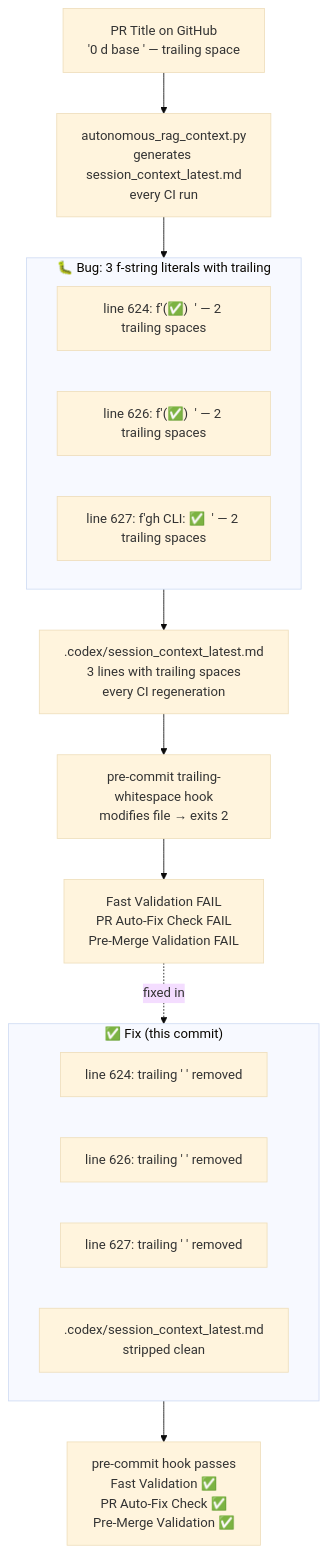
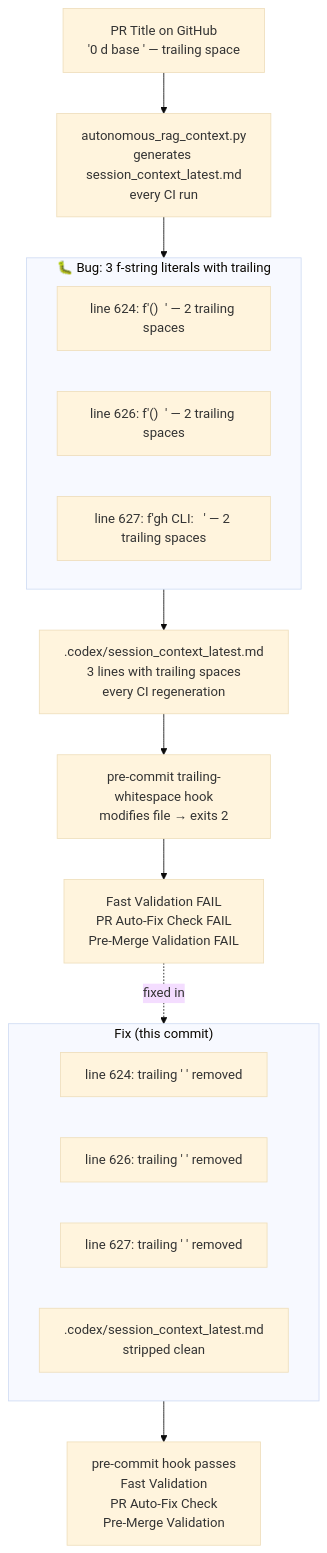
One commit to Aries-Serpent/_codex_ changed the third of 26 diagrams in docs/sessions/PR4317_session_diagram.md. Above: the diagram before and after it, drawn with Mermaid (base theme). The commit also changed other lines of this file and 2029 other files, not shown here.

````diff
--- a/docs/sessions/PR4317_session_diagram.md
+++ b/docs/sessions/PR4317_session_diagram.md
@@ -110,27 +112,27 @@
 ```mermaid
 %%{init: {'accessibility': {'title': 'Flowchart showing "PR Title on GitHub\n'0 d base ' — trailing space", "autonomous_rag_context.py\ngenerates session_context_latest.md\nevery CI run"'}}%%
 flowchart TD
     TITLE["PR Title on GitHub\n'0 d base ' — trailing space"]
     TITLE --> SCRIPT["autonomous_rag_context.py\ngenerates session_context_latest.md\nevery CI run"]
 
     subgraph BUG["🐛 Bug: 3 f-string literals with trailing  "]
-        B1["line 624: f'(✅)  ' — 2 trailing spaces"]
-        B2["line 626: f'(✅)  ' — 2 trailing spaces"]
-        B3["line 627: f'gh CLI: ✅  ' — 2 trailing spaces"]
+        B1["line 624: f'()  ' — 2 trailing spaces"]
+        B2["line 626: f'()  ' — 2 trailing spaces"]
+        B3["line 627: f'gh CLI:   ' — 2 trailing spaces"]
     end
 
     SCRIPT --> BUG
     BUG --> FILE[".codex/session_context_latest.md\n3 lines with trailing spaces\nevery CI regeneration"]
     FILE --> HOOK["pre-commit trailing-whitespace hook\nmodifies file → exits 2"]
     HOOK --> FAIL["Fast Validation FAIL\nPR Auto-Fix Check FAIL\nPre-Merge Validation FAIL"]
 
-    subgraph FIX["✅ Fix (this commit)"]
+    subgraph FIX[" Fix (this commit)"]
         F1["line 624: trailing '  ' removed"]
         F2["line 626: trailing '  ' removed"]
         F3["line 627: trailing '  ' removed"]
         F4[".codex/session_context_latest.md\nstripped clean"]
     end
 
     FAIL -.->|"fixed in"| FIX
-    FIX --> CLEAN["pre-commit hook passes\nFast Validation ✅\nPR Auto-Fix Check ✅\nPre-Merge Validation ✅"]
+    FIX --> CLEAN["pre-commit hook passes\nFast Validation \nPR Auto-Fix Check \nPre-Merge Validation "]
 ```
````
